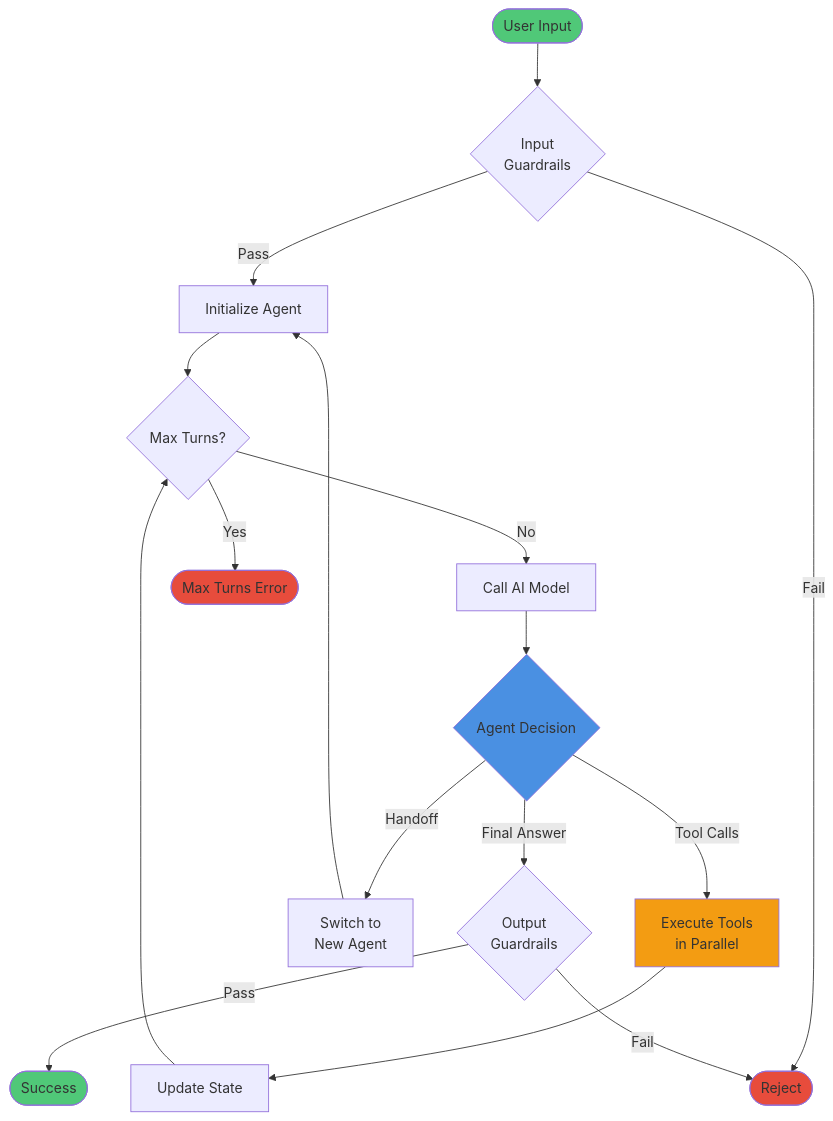
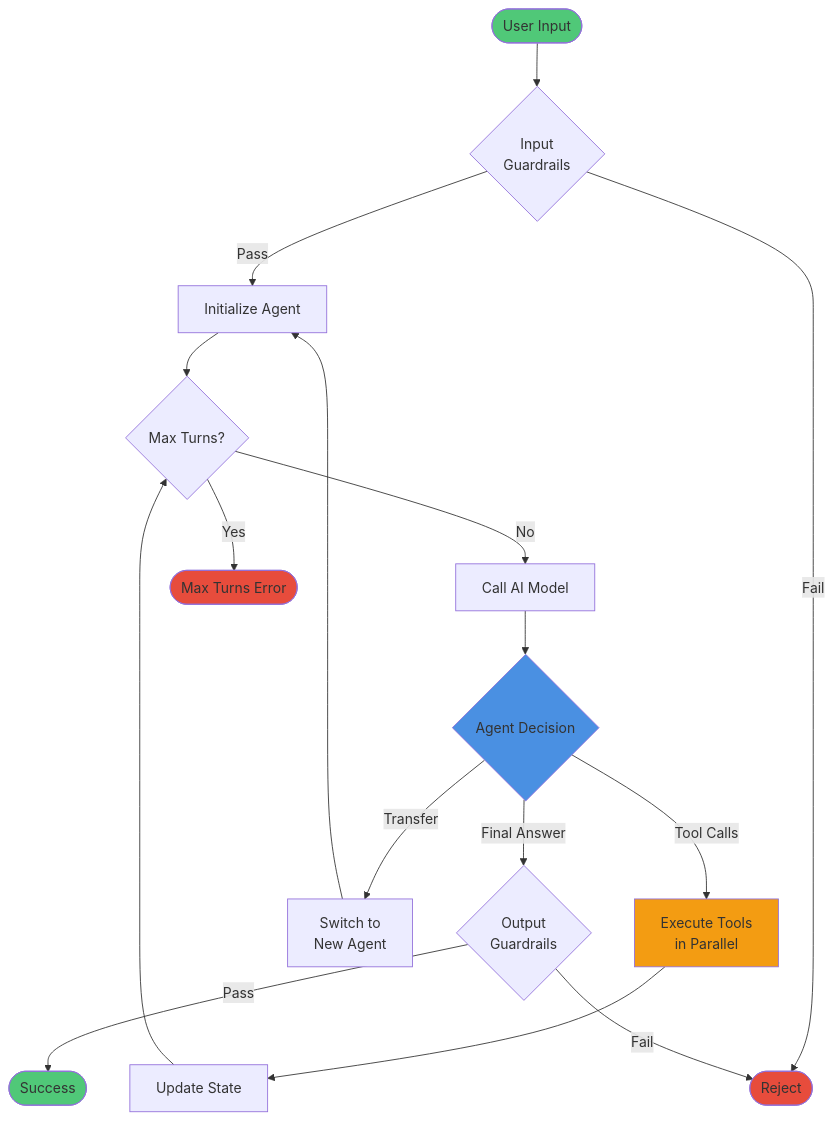
The ninth of 10 diagrams in docs/guides/CORE_CONCEPTS.md (Manoj-tawk/tawk-agents-sdk), drawn with Mermaid before and after one commit. The commit also changed other lines of this file and 14 other files, not shown here.

````diff
--- a/docs/guides/CORE_CONCEPTS.md
+++ b/docs/guides/CORE_CONCEPTS.md
@@ -447,30 +447,30 @@
 ```mermaid
 graph TB
     Start([User Input]) --> InputGuard{Input<br/>Guardrails}
     InputGuard -->|Pass| InitAgent[Initialize Agent]
     InputGuard -->|Fail| Reject([Reject])
     
     InitAgent --> Loop{Max Turns?}
     Loop -->|No| CallModel[Call AI Model]
     Loop -->|Yes| MaxTurns([Max Turns Error])
     
     CallModel --> Decision{Agent Decision}
     
     Decision -->|Tool Calls| ParallelTools[Execute Tools<br/>in Parallel]
-    Decision -->|Handoff| SwitchAgent[Switch to<br/>New Agent]
+    Decision -->|Transfer| SwitchAgent[Switch to<br/>New Agent]
     Decision -->|Final Answer| OutputGuard
     
     ParallelTools --> UpdateState[Update State]
     SwitchAgent --> InitAgent
     UpdateState --> Loop
     
     OutputGuard{Output<br/>Guardrails} -->|Pass| Complete([Success])
     OutputGuard -->|Fail| Reject
     
     style Start fill:#50c878
     style Complete fill:#50c878
     style Reject fill:#e74c3c
     style MaxTurns fill:#e74c3c
     style ParallelTools fill:#f39c12
     style Decision fill:#4a90e2
 ```
````
